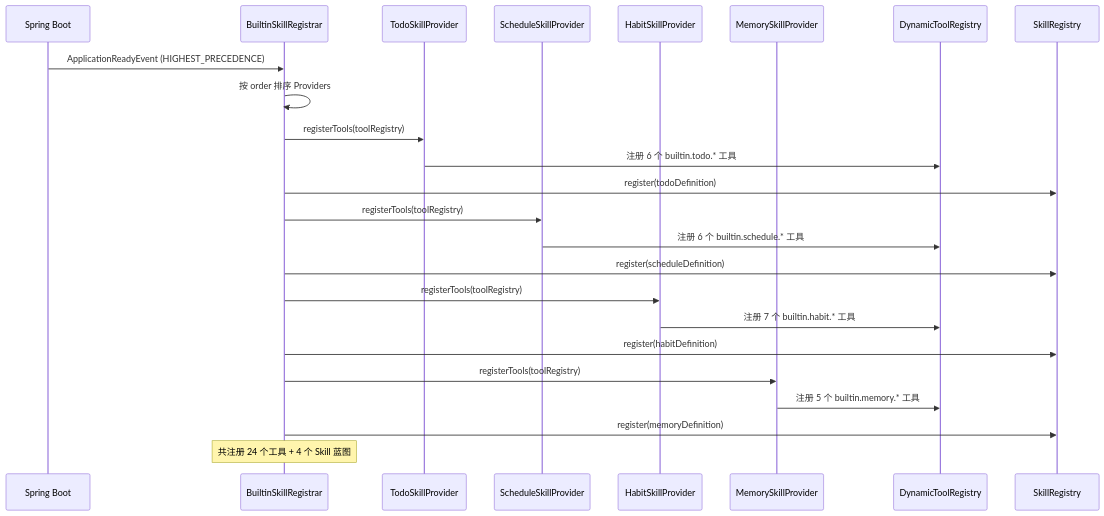
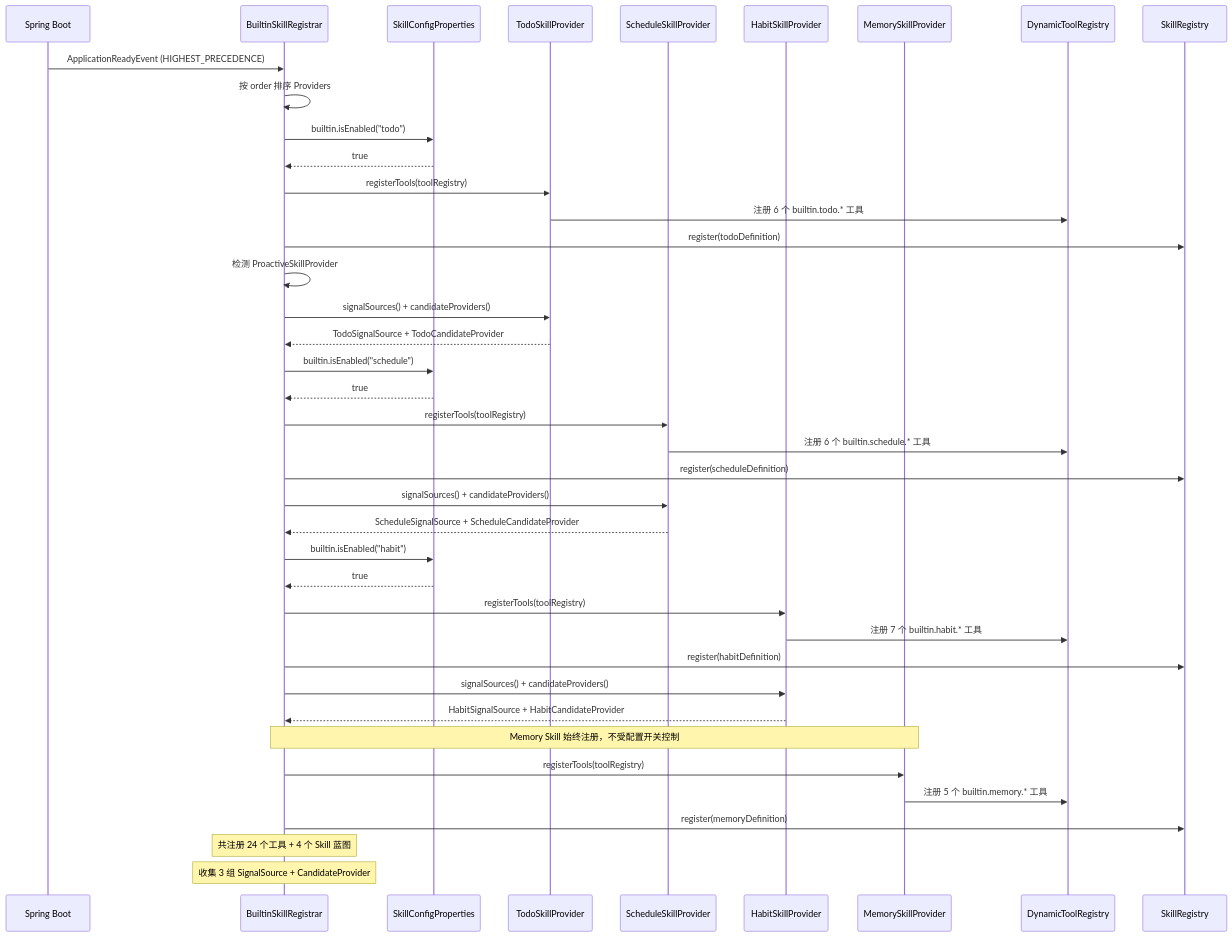
The second of 3 diagrams in docs/architecture/builtin-skills.md (ntygod/LifePilot), drawn with Mermaid before and after one commit. The commit also changed other lines of this file and 7 other files, not shown here.

````diff
--- a/docs/architecture/builtin-skills.md
+++ b/docs/architecture/builtin-skills.md
@@ -83,27 +106,47 @@
 ```mermaid
 sequenceDiagram
     participant Spring as Spring Boot
     participant BSR as BuiltinSkillRegistrar
+    participant SCP as SkillConfigProperties
     participant TSP as TodoSkillProvider
     participant SSP as ScheduleSkillProvider
     participant HSP as HabitSkillProvider
     participant MSP as MemorySkillProvider
     participant DTR as DynamicToolRegistry
     participant SKR as SkillRegistry
 
     Spring->>BSR: ApplicationReadyEvent (HIGHEST_PRECEDENCE)
     BSR->>BSR: 按 order 排序 Providers
+
+    BSR->>SCP: builtin.isEnabled("todo")
+    SCP-->>BSR: true
     BSR->>TSP: registerTools(toolRegistry)
     TSP->>DTR: 注册 6 个 builtin.todo.* 工具
     BSR->>SKR: register(todoDefinition)
+    BSR->>BSR: 检测 ProactiveSkillProvider
+    BSR->>TSP: signalSources() + candidateProviders()
+    TSP-->>BSR: TodoSignalSource + TodoCandidateProvider
+
+    BSR->>SCP: builtin.isEnabled("schedule")
+    SCP-->>BSR: true
     BSR->>SSP: registerTools(toolRegistry)
     SSP->>DTR: 注册 6 个 builtin.schedule.* 工具
     BSR->>SKR: register(scheduleDefinition)
+    BSR->>SSP: signalSources() + candidateProviders()
+    SSP-->>BSR: ScheduleSignalSource + ScheduleCandidateProvider
+
+    BSR->>SCP: builtin.isEnabled("habit")
+    SCP-->>BSR: true
     BSR->>HSP: registerTools(toolRegistry)
     HSP->>DTR: 注册 7 个 builtin.habit.* 工具
     BSR->>SKR: register(habitDefinition)
+    BSR->>HSP: signalSources() + candidateProviders()
+    HSP-->>BSR: HabitSignalSource + HabitCandidateProvider
+
+    Note over BSR,MSP: Memory Skill 始终注册，不受配置开关控制
     BSR->>MSP: registerTools(toolRegistry)
     MSP->>DTR: 注册 5 个 builtin.memory.* 工具
     BSR->>SKR: register(memoryDefinition)
     Note over BSR: 共注册 24 个工具 + 4 个 Skill 蓝图
+    Note over BSR: 收集 3 组 SignalSource + CandidateProvider
 ```
````
